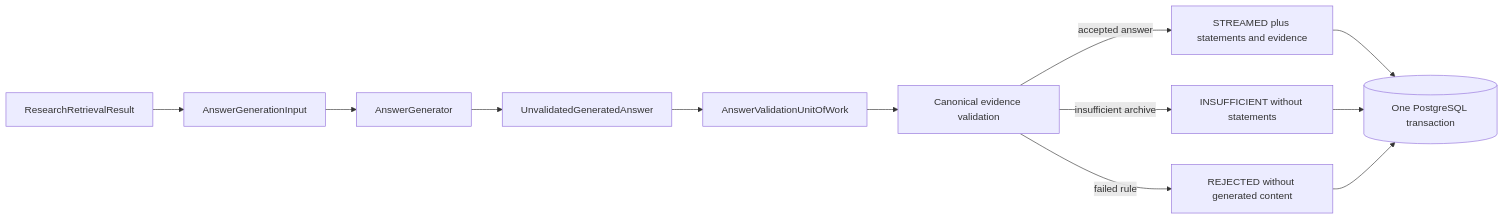
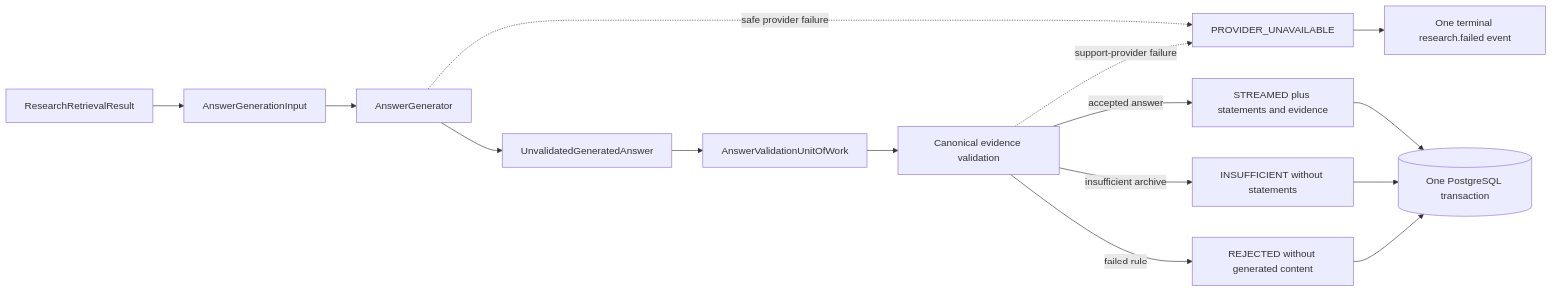
The third of 5 diagrams in backend/src/investment_research/modules/research/README.md (rnkraus/investment-research), drawn with Mermaid before and after one commit. The commit also changed other lines of this file and 3 other files, not shown here.

Commit message:
feat(research): classify provider failures safely

````diff
--- a/backend/src/investment_research/modules/research/README.md
+++ b/backend/src/investment_research/modules/research/README.md
@@ -91,14 +97,17 @@
 ```mermaid
 flowchart LR
     RESULT[ResearchRetrievalResult] --> INPUT[AnswerGenerationInput]
     INPUT --> PORT[AnswerGenerator]
     PORT --> RAW[UnvalidatedGeneratedAnswer]
+    PORT -. safe provider failure .-> FAILED[PROVIDER_UNAVAILABLE]
     RAW --> UOW[AnswerValidationUnitOfWork]
     UOW --> VALIDATION[Canonical evidence validation]
+    VALIDATION -. support-provider failure .-> FAILED
     VALIDATION -->|accepted answer| STREAMED[STREAMED plus statements and evidence]
     VALIDATION -->|insufficient archive| INSUFFICIENT[INSUFFICIENT without statements]
     VALIDATION -->|failed rule| REJECTED[REJECTED without generated content]
     STREAMED --> PG[(One PostgreSQL transaction)]
     INSUFFICIENT --> PG
     REJECTED --> PG
+    FAILED --> EVENT[One terminal research.failed event]
 ```
````
